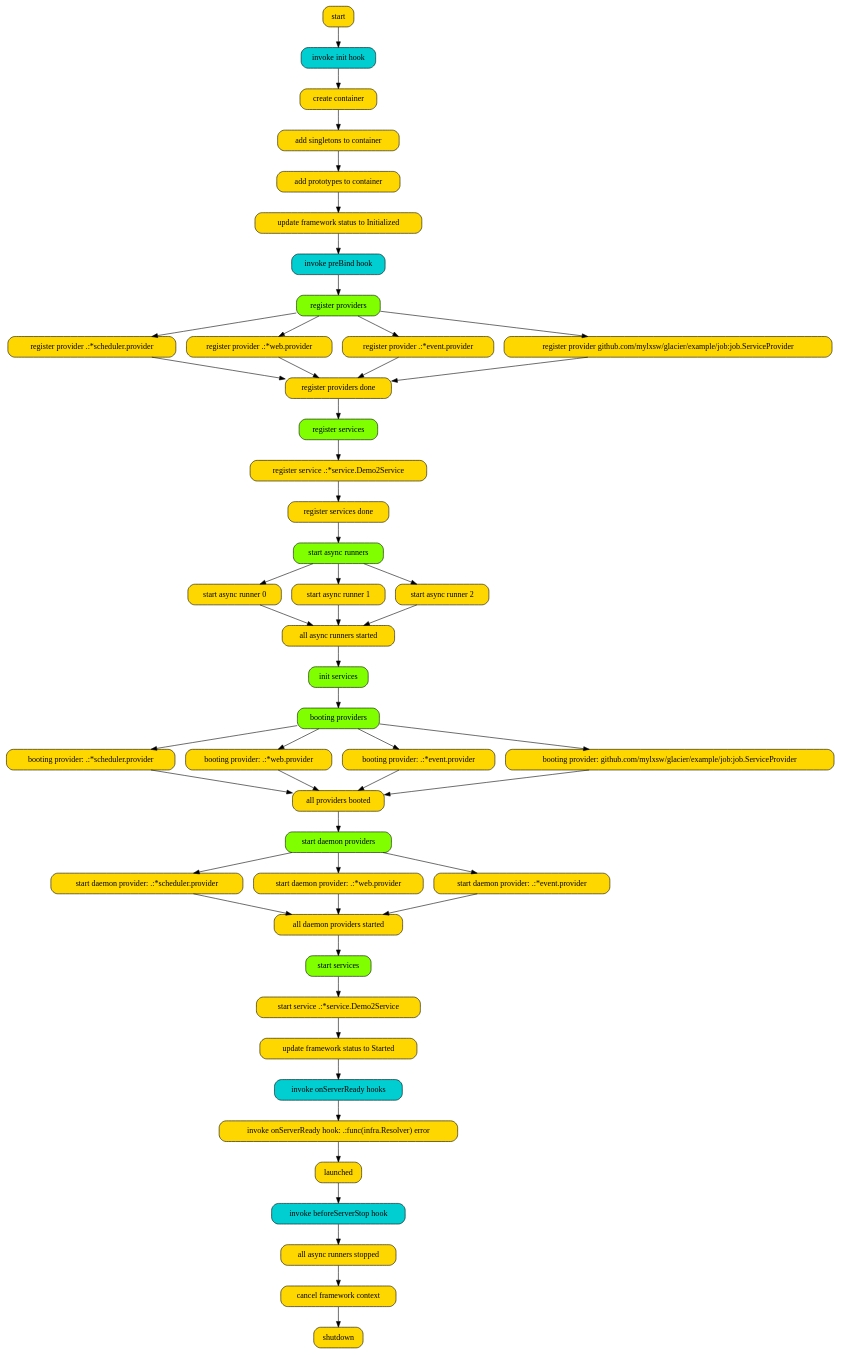
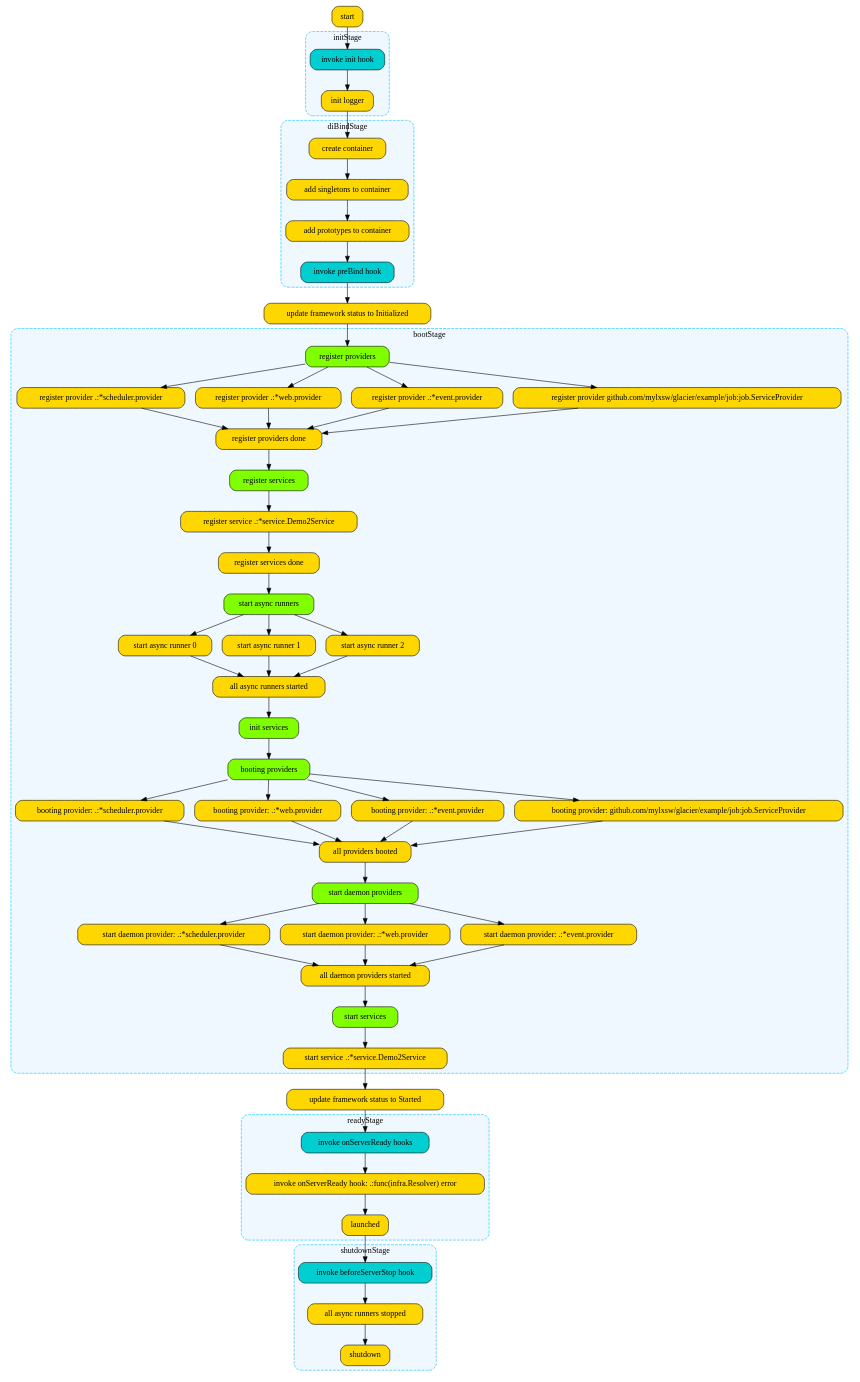
The diagram in arch.dot (mylxsw/glacier), drawn with Graphviz before and after one commit. The commit also changed 19 other files, not shown here.

Commit message:
架构优化&流程图增加启动阶段分组

```diff
--- a/arch.dot
+++ b/arch.dot
@@ -1,66 +1,142 @@
 digraph G {
     node [shape = "box" style = "filled,rounded" fillcolor = "gold"]
     "invoke init hook" [fillcolor = "darkturquoise"]
     "start" -> "invoke init hook";
-    "invoke init hook" -> "create container";
+    "invoke init hook" -> "init logger";
+    "init logger" -> "create container";
     "create container" -> "add singletons to container";
     "add singletons to container" -> "add prototypes to container";
-    "add prototypes to container" -> "update framework status to Initialized";
     "invoke preBind hook" [fillcolor = "darkturquoise"]
-    "update framework status to Initialized" -> "invoke preBind hook";
+    "add prototypes to container" -> "invoke preBind hook";
+    "invoke preBind hook" -> "update framework status to Initialized";
     "register providers" [fillcolor = "chartreuse"]
-    "invoke preBind hook" -> "register providers";
+    "update framework status to Initialized" -> "register providers";
     "register providers" -> "register provider .:*scheduler.provider";
     "register providers" -> "register provider .:*web.provider";
     "register providers" -> "register provider .:*event.provider";
     "register providers" -> "register provider github.com/mylxsw/glacier/example/job:job.ServiceProvider";
     "register provider .:*scheduler.provider" -> "register providers done";
     "register provider .:*web.provider" -> "register providers done";
     "register provider .:*event.provider" -> "register providers done";
     "register provider github.com/mylxsw/glacier/example/job:job.ServiceProvider" -> "register providers done";
     "register services" [fillcolor = "chartreuse"]
     "register providers done" -> "register services";
     "register services" -> "register service .:*service.Demo2Service";
     "register service .:*service.Demo2Service" -> "register services done";
     "start async runners" [fillcolor = "chartreuse"]
     "register services done" -> "start async runners";
     "start async runners" -> "start async runner 0";
     "start async runners" -> "start async runner 1";
     "start async runners" -> "start async runner 2";
     "start async runner 0" -> "all async runners started";
     "start async runner 1" -> "all async runners started";
     "start async runner 2" -> "all async runners started";
     "init services" [fillcolor = "chartreuse"]
     "all async runners started" -> "init services";
     "booting providers" [fillcolor = "chartreuse"]
     "init services" -> "booting providers";
     "booting providers" -> "booting provider: .:*scheduler.provider";
     "booting providers" -> "booting provider: .:*web.provider";
     "booting providers" -> "booting provider: .:*event.provider";
     "booting providers" -> "booting provider: github.com/mylxsw/glacier/example/job:job.ServiceProvider";
     "booting provider: .:*scheduler.provider" -> "all providers booted";
     "booting provider: .:*web.provider" -> "all providers booted";
     "booting provider: .:*event.provider" -> "all providers booted";
     "booting provider: github.com/mylxsw/glacier/example/job:job.ServiceProvider" -> "all providers booted";
     "start daemon providers" [fillcolor = "chartreuse"]
     "all providers booted" -> "start daemon providers";
     "start daemon providers" -> "start daemon provider: .:*scheduler.provider";
     "start daemon providers" -> "start daemon provider: .:*web.provider";
     "start daemon providers" -> "start daemon provider: .:*event.provider";
     "start daemon provider: .:*scheduler.provider" -> "all daemon providers started";
     "start daemon provider: .:*web.provider" -> "all daemon providers started";
     "start daemon provider: .:*event.provider" -> "all daemon providers started";
     "start services" [fillcolor = "chartreuse"]
     "all daemon providers started" -> "start services";
     "start services" -> "start service .:*service.Demo2Service";
     "start service .:*service.Demo2Service" -> "update framework status to Started";
     "invoke onServerReady hooks" [fillcolor = "darkturquoise"]
     "update framework status to Started" -> "invoke onServerReady hooks";
     "invoke onServerReady hooks" -> "invoke onServerReady hook: .:func(infra.Resolver) error";
     "invoke onServerReady hook: .:func(infra.Resolver) error" -> "launched";
     "invoke beforeServerStop hook" [fillcolor = "darkturquoise"]
     "launched" -> "invoke beforeServerStop hook";
     "invoke beforeServerStop hook" -> "all async runners stopped";
-    "all async runners stopped" -> "cancel framework context";
-    "cancel framework context" -> "shutdown";
+    "all async runners stopped" -> "shutdown";
+    subgraph cluster_ {
+        label = ""
+        style = "rounded,dashed,filled"
+        color = "deepskyblue"
+        fillcolor = "aliceblue"
+    }
+    subgraph cluster_initStage {
+        label = "initStage"
+        style = "rounded,dashed,filled"
+        color = "deepskyblue"
+        fillcolor = "aliceblue"
+        "invoke init hook"
+        "init logger"
+    }
+    subgraph cluster_diBindStage {
+        label = "diBindStage"
+        style = "rounded,dashed,filled"
+        color = "deepskyblue"
+        fillcolor = "aliceblue"
+        "create container"
+        "add singletons to container"
+        "add prototypes to container"
+        "invoke preBind hook"
+    }
+    subgraph cluster_bootStage {
+        label = "bootStage"
+        style = "rounded,dashed,filled"
+        color = "deepskyblue"
+        fillcolor = "aliceblue"
+        "register providers"
+        "register provider .:*scheduler.provider"
+        "register provider .:*web.provider"
+        "register provider .:*event.provider"
+        "register provider github.com/mylxsw/glacier/example/job:job.ServiceProvider"
+        "register providers done"
+        "register services"
+        "register service .:*service.Demo2Service"
+        "register services done"
+        "start async runners"
+        "start async runner 0"
+        "start async runner 1"
+        "start async runner 2"
+        "all async runners started"
+        "init services"
+        "booting providers"
+        "booting provider: .:*scheduler.provider"
+        "booting provider: .:*web.provider"
+        "booting provider: .:*event.provider"
+        "booting provider: github.com/mylxsw/glacier/example/job:job.ServiceProvider"
+        "all providers booted"
+        "start daemon providers"
+        "start daemon provider: .:*scheduler.provider"
+        "start daemon provider: .:*web.provider"
+        "start daemon provider: .:*event.provider"
+        "all daemon providers started"
+        "start services"
+        "start service .:*service.Demo2Service"
+    }
+    subgraph cluster_readyStage {
+        label = "readyStage"
+        style = "rounded,dashed,filled"
+        color = "deepskyblue"
+        fillcolor = "aliceblue"
+        "invoke onServerReady hooks"
+        "invoke onServerReady hook: .:func(infra.Resolver) error"
+        "launched"
+    }
+    subgraph cluster_shutdownStage {
+        label = "shutdownStage"
+        style = "rounded,dashed,filled"
+        color = "deepskyblue"
+        fillcolor = "aliceblue"
+        "invoke beforeServerStop hook"
+        "all async runners stopped"
+        "shutdown"
+    }
 }
```
